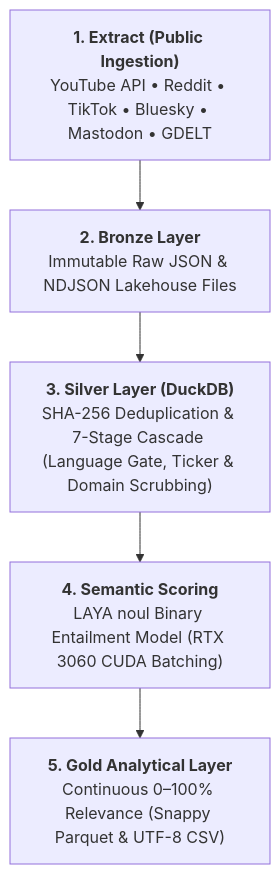
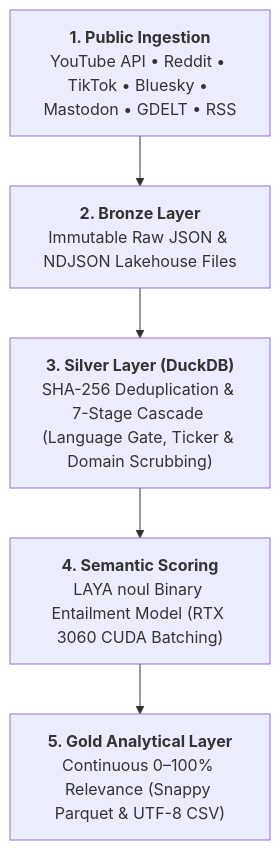
The first of 2 diagrams in README.md (jacob-cob-null/scrape_silica), drawn with Mermaid before and after one commit. The commit also changed other lines of this file, not shown here.

````diff
--- a/README.md
+++ b/README.md
@@ -14,7 +14,7 @@
 ```mermaid
 flowchart TD
-    A["<b>1. Extract (Public Ingestion)</b><br/>YouTube API • Reddit • TikTok • Bluesky • Mastodon • GDELT"] --> B["<b>2. Bronze Layer</b><br/>Immutable Raw JSON & NDJSON Lakehouse Files"]
+    A["<b>1. Public Ingestion</b><br/>YouTube API • Reddit • TikTok • Bluesky • Mastodon • GDELT • RSS"] --> B["<b>2. Bronze Layer</b><br/>Immutable Raw JSON & NDJSON Lakehouse Files"]
     B --> C["<b>3. Silver Layer (DuckDB)</b><br/>SHA-256 Deduplication & 7-Stage Cascade (Language Gate, Ticker & Domain Scrubbing)"]
     C --> D["<b>4. Semantic Scoring</b><br/>LAYA noul Binary Entailment Model (RTX 3060 CUDA Batching)"]
     D --> E["<b>5. Gold Analytical Layer</b><br/>Continuous 0–100% Relevance (Snappy Parquet & UTF-8 CSV)"]
 ```
````
